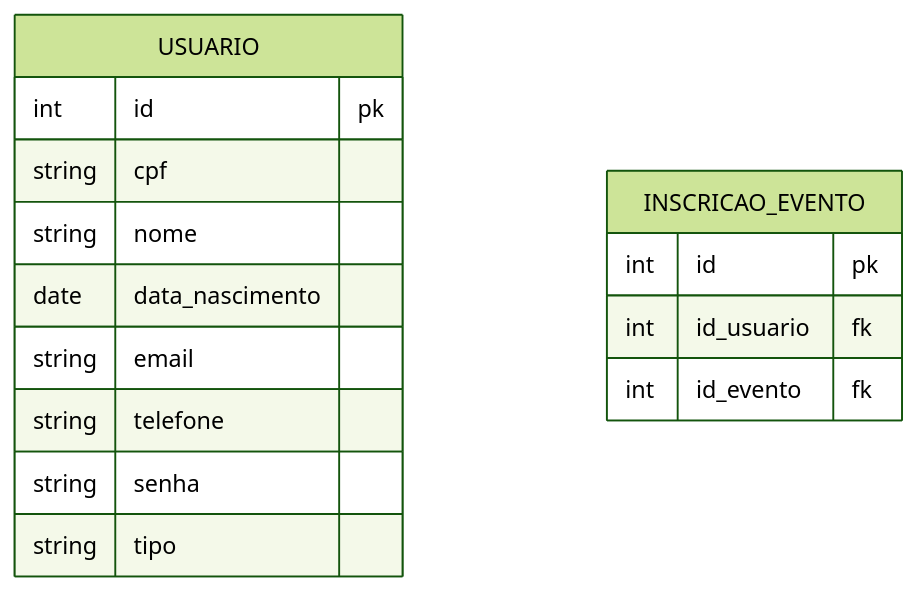
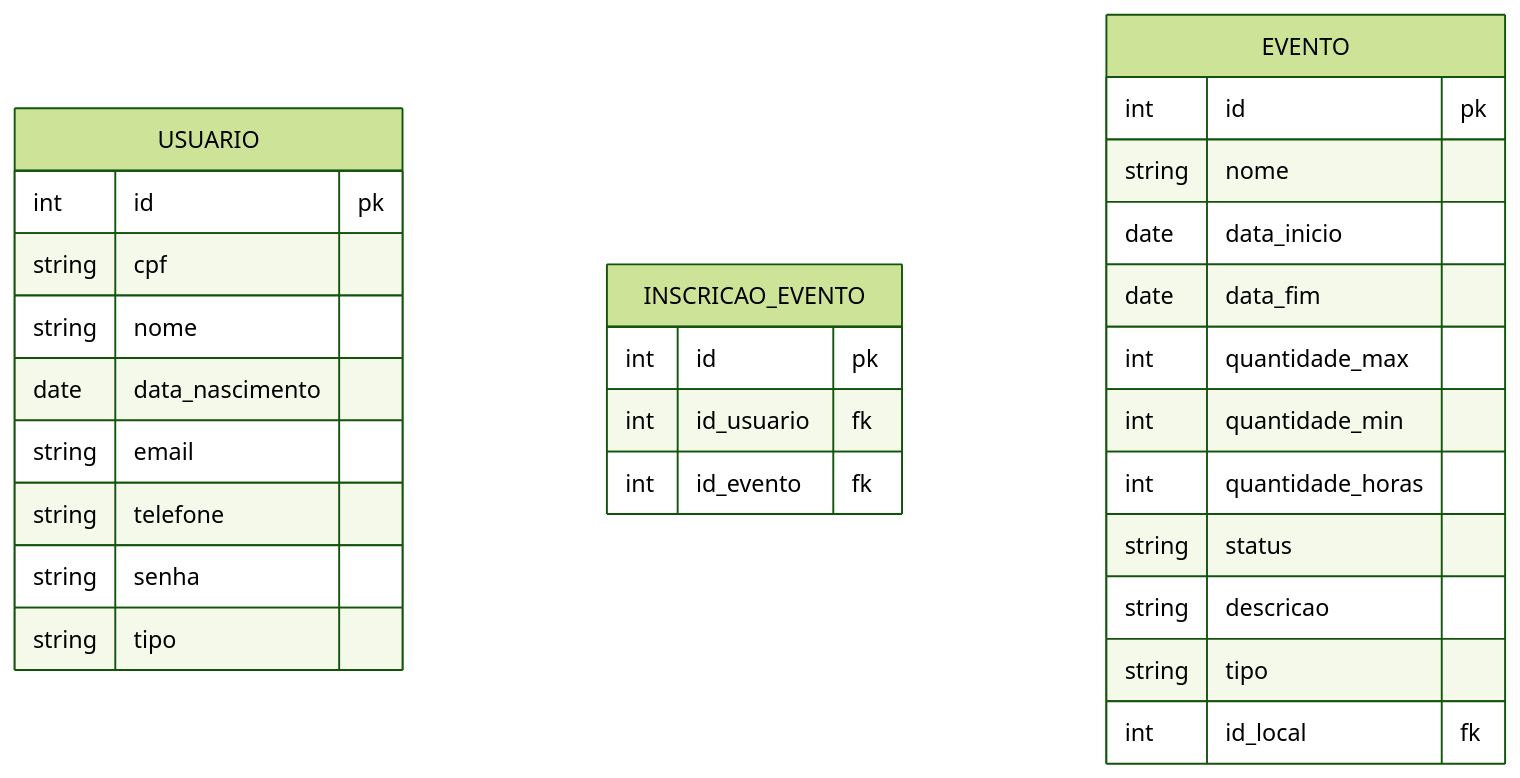
One commit to tallysdev/eventSync changed the diagram in docs/doc-visao.md. Above: the diagram before and after it, drawn with Mermaid (forest theme).

Commit message:
docs: add "EVENTO" no modelo ER #32

````diff
--- a/docs/doc-visao.md
+++ b/docs/doc-visao.md
@@ -115,20 +115,34 @@
 ```mermaid
 erDiagram
     USUARIO {
         int id pk
         string cpf
         string nome
         date data_nascimento
         string email
         string telefone
         string senha
         string tipo
     }
 
     INSCRICAO_EVENTO {
         int id pk
         int id_usuario fk
         int id_evento fk
     }
 
+    EVENTO {
+        int id pk
+        string nome
+        date data_inicio
+        date data_fim
+        int quantidade_max
+        int quantidade_min
+        int quantidade_horas
+        string status
+        string descricao
+        string tipo
+        int id_local fk
+    }
+
 ```
````
